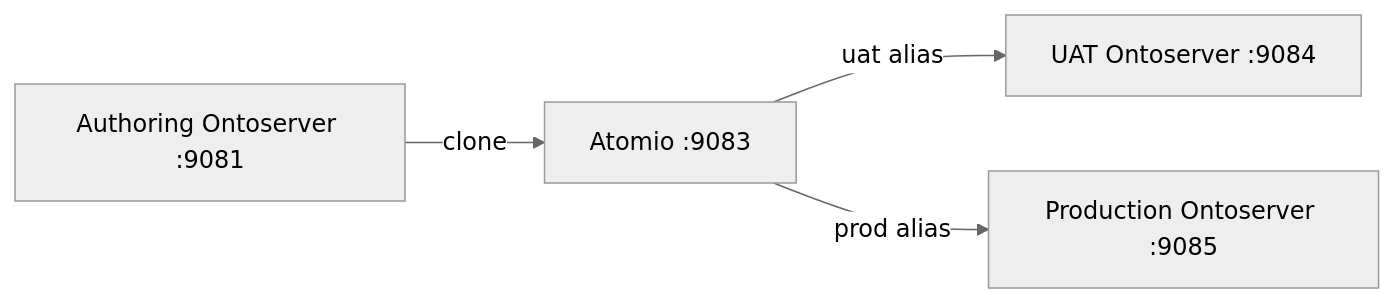
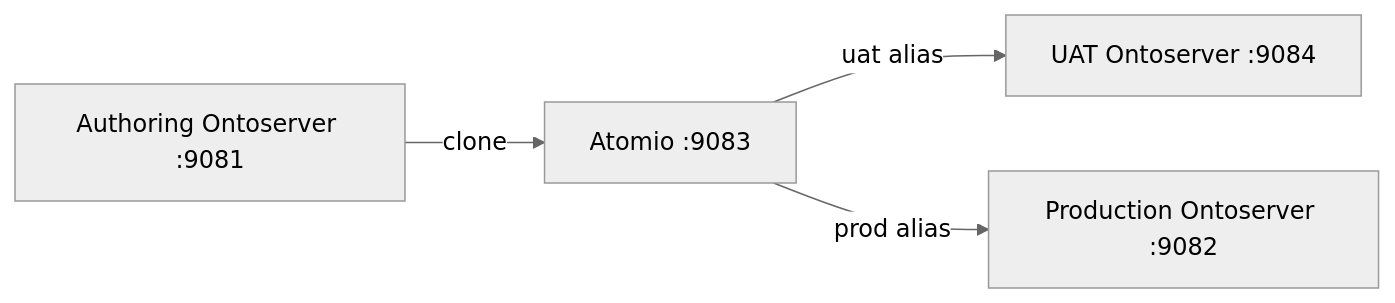
One commit to aehrc/ontoserver-deploy changed diagram 11 of 12 in examples/pathology-permissions-demo/presentation/slides.md. Above: the diagram before and after it, drawn with Mermaid (neutral theme). The commit also changed other lines of this file and 34 other files, not shown here.

````diff
--- a/examples/pathology-permissions-demo/presentation/slides.md
+++ b/examples/pathology-permissions-demo/presentation/slides.md
@@ -515,6 +511,6 @@
 ```mermaid
 graph LR
     Auth["Authoring Ontoserver :9081"] -->|"clone"| At["Atomio :9083"]
     At -->|"uat alias"| UAT["UAT Ontoserver :9084"]
-    At -->|"prod alias"| Prod["Production Ontoserver :9085"]
+    At -->|"prod alias"| Prod["Production Ontoserver :9082"]
 ```
````
